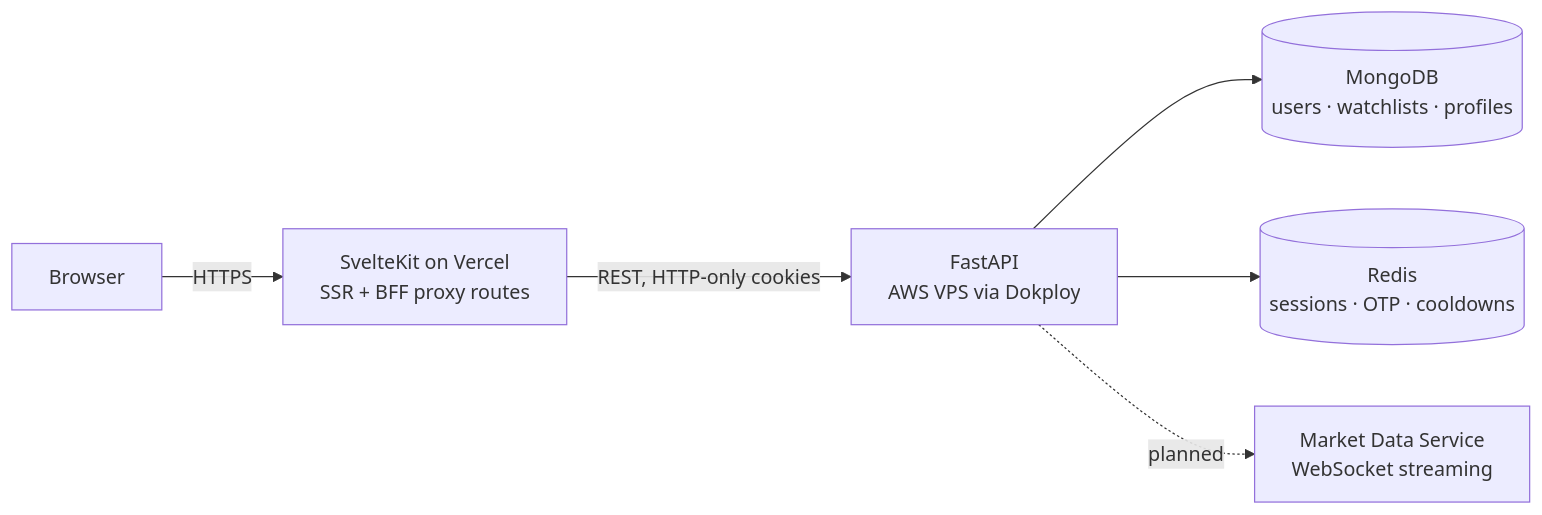
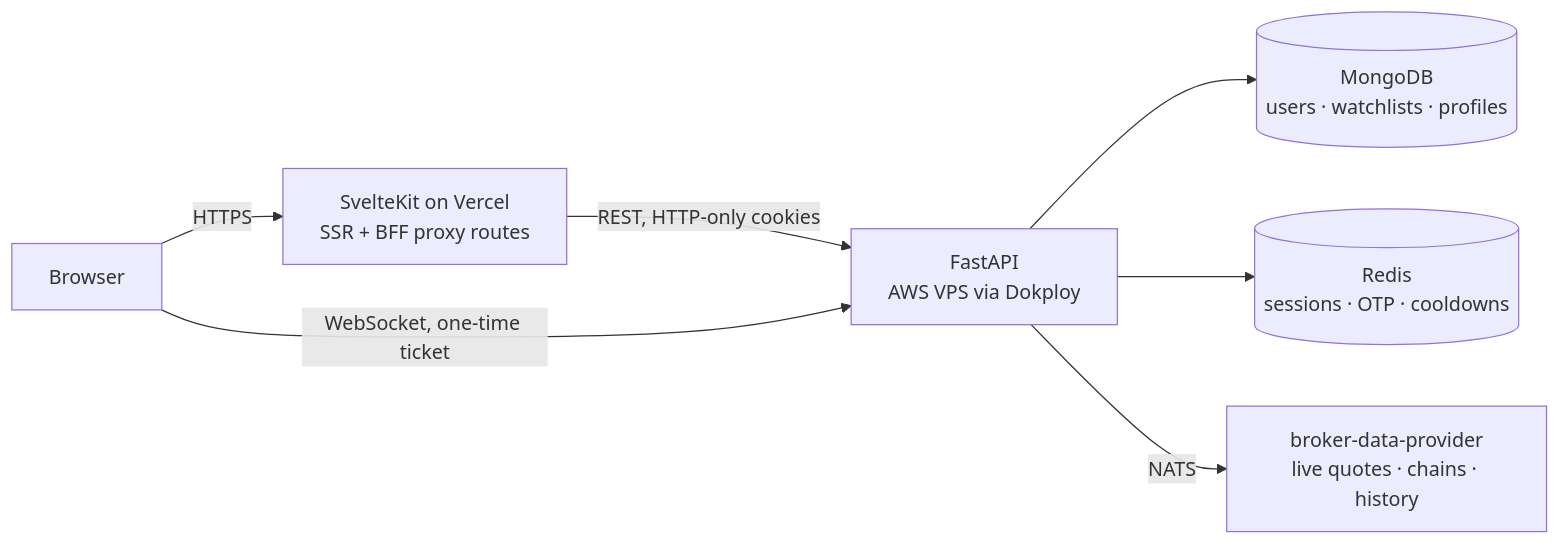
One commit to Deepak-GitHub1474/svakosh changed the diagram in README.md. Above: the diagram before and after it, drawn with Mermaid. The commit also changed other lines of this file and 2 other files, not shown here.

First line of the commit message:
docs: describe the live market feed instead of mock data

````diff
--- a/README.md
+++ b/README.md
@@ -91,8 +91,9 @@
 ```mermaid
 graph LR
     B["Browser"] -->|"HTTPS"| V["SvelteKit on Vercel<br/>SSR + BFF proxy routes"]
     V -->|"REST, HTTP-only cookies"| A["FastAPI<br/>AWS VPS via Dokploy"]
+    B -->|"WebSocket, one-time ticket"| A
     A --> M[("MongoDB<br/>users · watchlists · profiles")]
     A --> R[("Redis<br/>sessions · OTP · cooldowns")]
-    A -.->|"planned"| W["Market Data Service<br/>WebSocket streaming"]
+    A -->|"NATS"| P["broker-data-provider<br/>live quotes · chains · history"]
 ```
````
